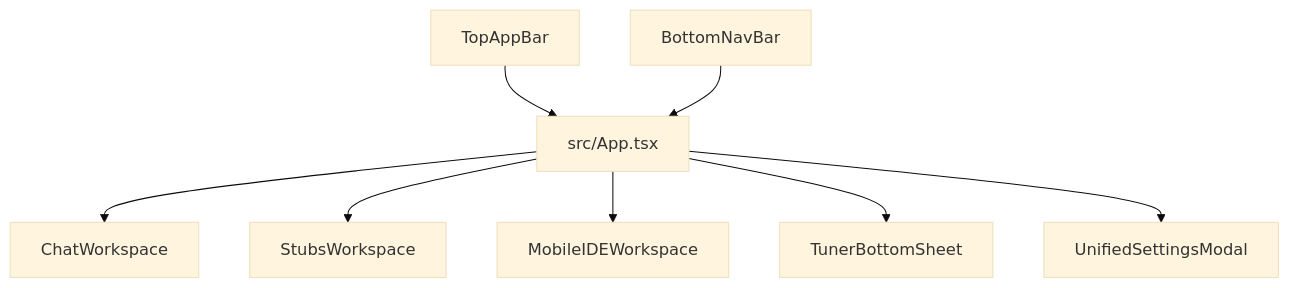
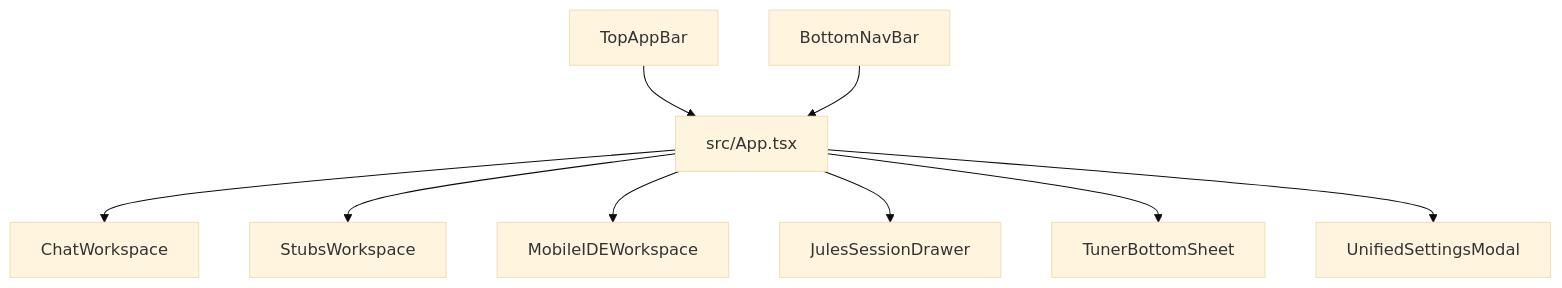
Before and after one commit to BicycleButler/ai-studio-mobile: the diagram in knowledge/architecture/domains/workspaces-domain-map.md, drawn with Mermaid (base theme). The commit also changed other lines of this file and 12 other files, not shown here.

````diff
--- a/knowledge/architecture/domains/workspaces-domain-map.md
+++ b/knowledge/architecture/domains/workspaces-domain-map.md
@@ -47,11 +55,12 @@
 ```mermaid
 flowchart TD
   App[src/App.tsx]
   TopAppBar[TopAppBar] --> App
   BottomNavBar[BottomNavBar] --> App
   App --> Chat[ChatWorkspace]
   App --> Stubs[StubsWorkspace]
   App --> MobileIDE[MobileIDEWorkspace]
+  App --> JulesSessionDrawer[JulesSessionDrawer]
   App --> Tuner[TunerBottomSheet]
   App --> Settings[UnifiedSettingsModal]
 ```
````
